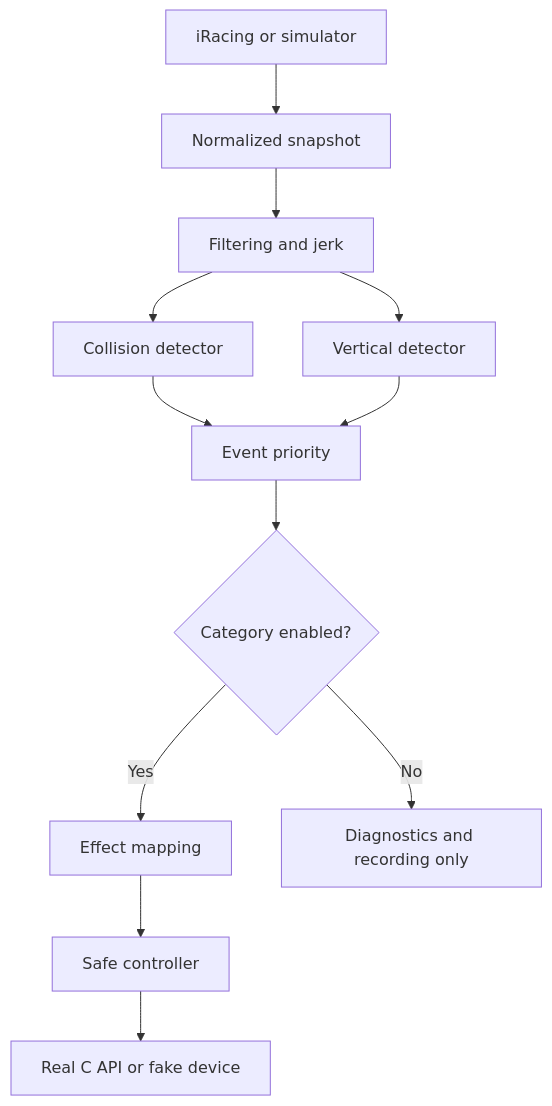
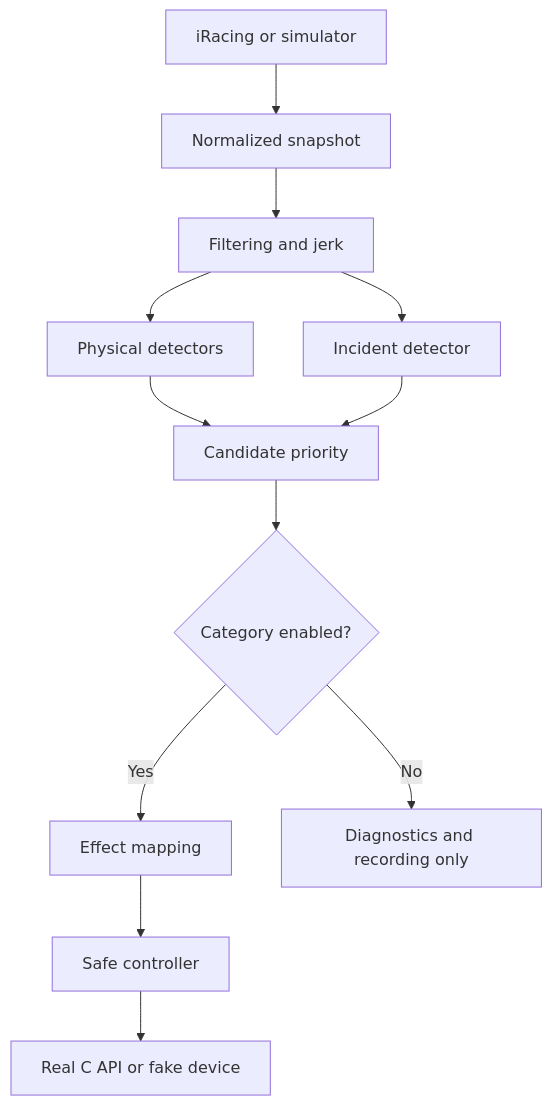
Before and after one commit to nishizumi-maho/PSVR2-iRacing-Haptics: the first of 3 diagrams in docs/ARCHITECTURE.md, drawn with Mermaid. The commit also changed other lines of this file and 32 other files, not shown here.

````diff
--- a/docs/ARCHITECTURE.md
+++ b/docs/ARCHITECTURE.md
@@ -31,14 +36,14 @@
 ```mermaid
 flowchart TD
     A["iRacing or simulator"] --> B["Normalized snapshot"]
     B --> C["Filtering and jerk"]
-    C --> D["Collision detector"]
-    C --> E["Vertical detector"]
-    D --> F["Event priority"]
+    C --> D["Physical detectors"]
+    C --> E["Incident detector"]
+    D --> F["Candidate priority"]
     E --> F
     F --> G{"Category enabled?"}
     G -->|"Yes"| H["Effect mapping"]
     G -->|"No"| I["Diagnostics and recording only"]
     H --> J["Safe controller"]
     J --> K["Real C API or fake device"]
 ```
````
